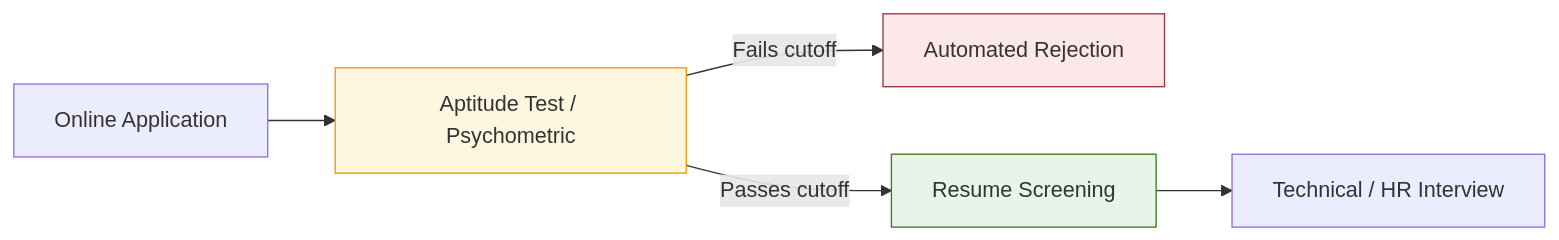
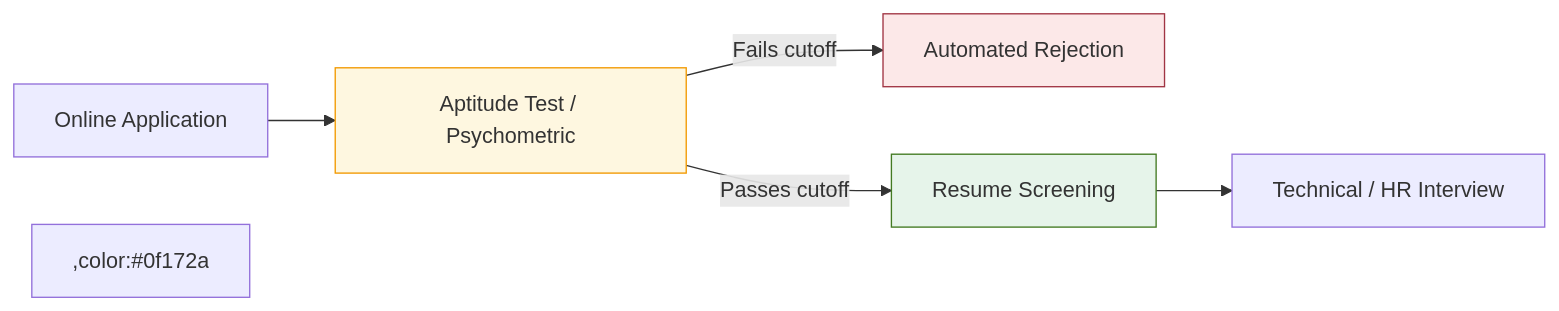
One commit to the-career-breweries/tcb-soft-skills changed the diagram in curriculum-app/src/content/lessons/ug/bba/sem6/week21.md. Above: the diagram before and after it, drawn with Mermaid. The commit also changed 5 other files, not shown here.

Commit message:
fix: resolve mermaid text illegibility in dark mode by removing global CSS color override and explicitly adding dark text colors to custom light-background nodes

````diff
--- a/curriculum-app/src/content/lessons/ug/bba/sem6/week21.md
+++ b/curriculum-app/src/content/lessons/ug/bba/sem6/week21.md
@@ -14,11 +14,14 @@
 ```mermaid
 flowchart LR
     A[Online Application] --> B[Aptitude Test / Psychometric]
     B -- Fails cutoff --> C[Automated Rejection]
     B -- Passes cutoff --> D[Resume Screening]
     D --> E[Technical / HR Interview]
     
     style B fill:#fef7e0,stroke:#f29900
+,color:#0f172a
     style C fill:#fce8e8,stroke:#a13544
+,color:#0f172a
     style D fill:#e6f4ea,stroke:#437a22
+,color:#0f172a
 ```
````
